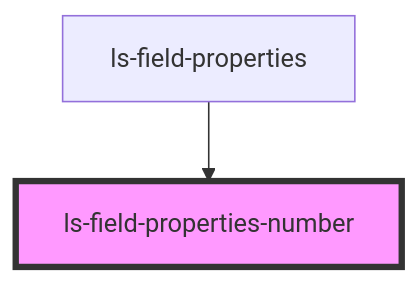
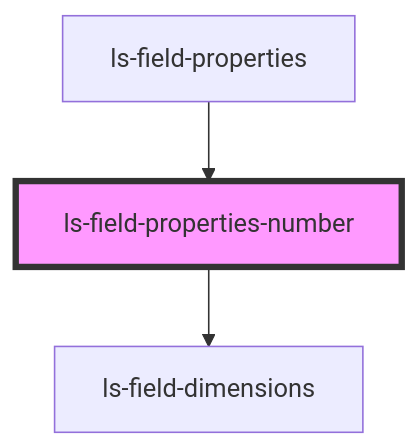
Before and after one commit to legalesign/ls-document-viewer: the diagram in src/components/ls-field-properties-number/readme.md, drawn with Mermaid. The commit also changed other lines of this file and 38 other files, not shown here.

````diff
--- a/src/components/ls-field-properties-number/readme.md
+++ b/src/components/ls-field-properties-number/readme.md
@@ -22,5 +26,6 @@
 ```mermaid
 graph TD;
+  ls-field-properties-number --> ls-field-dimensions
   ls-field-properties --> ls-field-properties-number
   style ls-field-properties-number fill:#f9f,stroke:#333,stroke-width:4px
 ```
````
